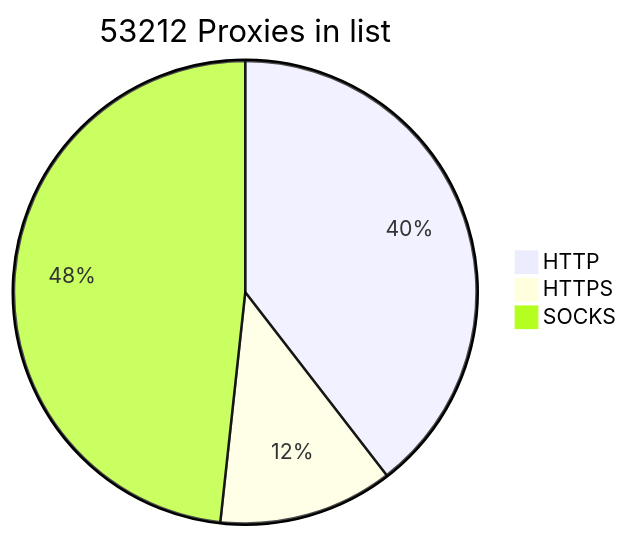
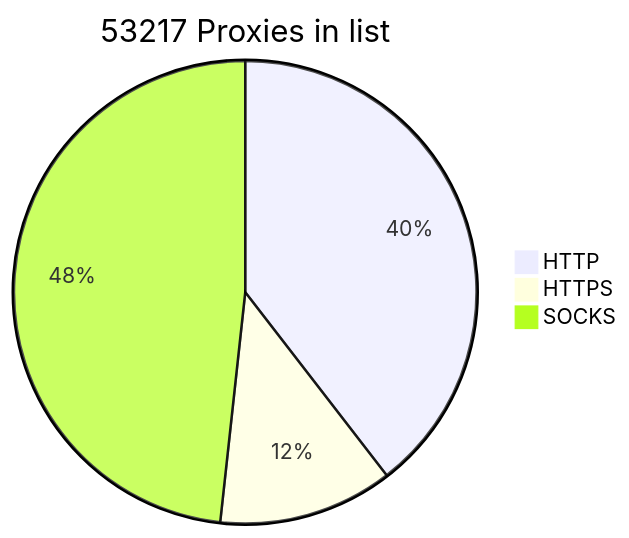
One commit to BlackSnowDot/proxylist-update-every-minute changed the diagram in README.md. Above: the diagram before and after it, drawn with Mermaid.

````diff
--- a/README.md
+++ b/README.md
@@ -2,6 +2,6 @@
 ```mermaid
-pie title 53212 Proxies in list
-    "HTTP" : 23490
-    "HTTPS": 7245
+pie title 53217 Proxies in list
+    "HTTP" : 23494
+    "HTTPS": 7249
     "SOCKS" : 28690
 ```
````
